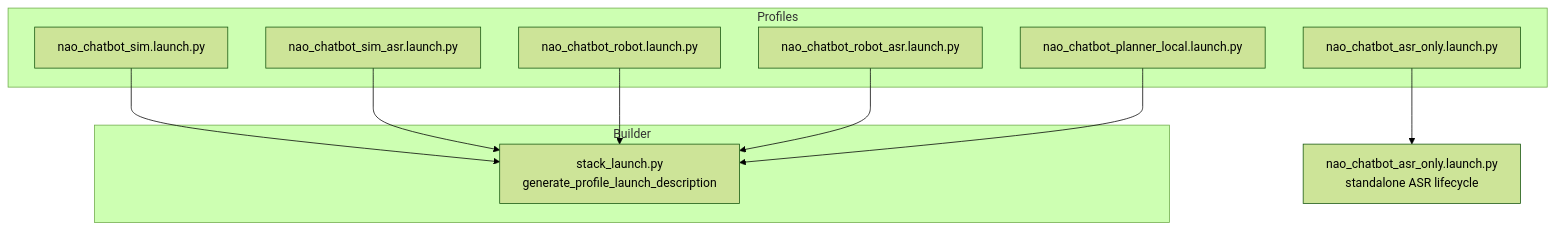
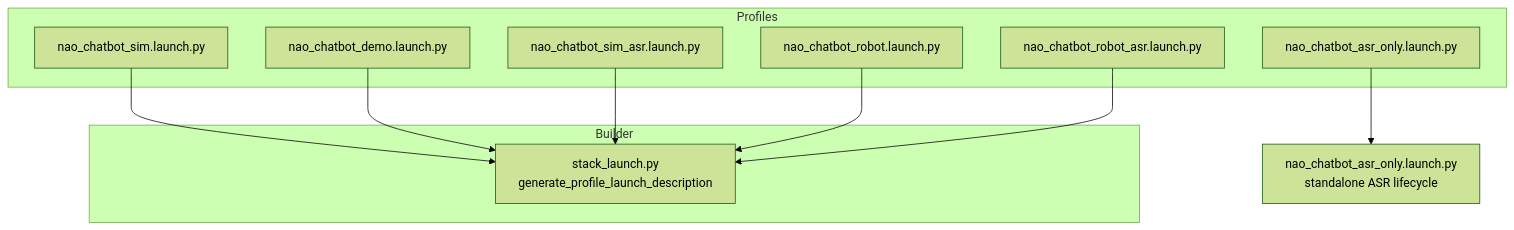
Before and after one commit to ieverythng/nao-ros4hri-bridge: the first of 2 diagrams in docs/knowledge/wiki/launch-profiles.md, drawn with Mermaid (forest theme). The commit also changed other lines of this file and 22 other files, not shown here.

First line of the commit message:
docs: Update docs to reflect new launch and planner profiles

````diff
--- a/docs/knowledge/wiki/launch-profiles.md
+++ b/docs/knowledge/wiki/launch-profiles.md
@@ -19,23 +19,23 @@
 ```mermaid
 graph TD
     subgraph Profiles
         SIM[nao_chatbot_sim.launch.py]
+        DEMO[nao_chatbot_demo.launch.py]
         SIM_ASR[nao_chatbot_sim_asr.launch.py]
         ROBOT[nao_chatbot_robot.launch.py]
         ROBOT_ASR[nao_chatbot_robot_asr.launch.py]
         ASR_ONLY[nao_chatbot_asr_only.launch.py]
-        PLANNER[nao_chatbot_planner_local.launch.py]
     end
 
     subgraph Builder
         STACK[stack_launch.py<br/>generate_profile_launch_description]
     end
 
     SIM --> STACK
+    DEMO --> STACK
     SIM_ASR --> STACK
     ROBOT --> STACK
     ROBOT_ASR --> STACK
-    PLANNER --> STACK
 
     ASR_ONLY --> ASR_LAUNCH[nao_chatbot_asr_only.launch.py<br/>standalone ASR lifecycle]
 ```
````
